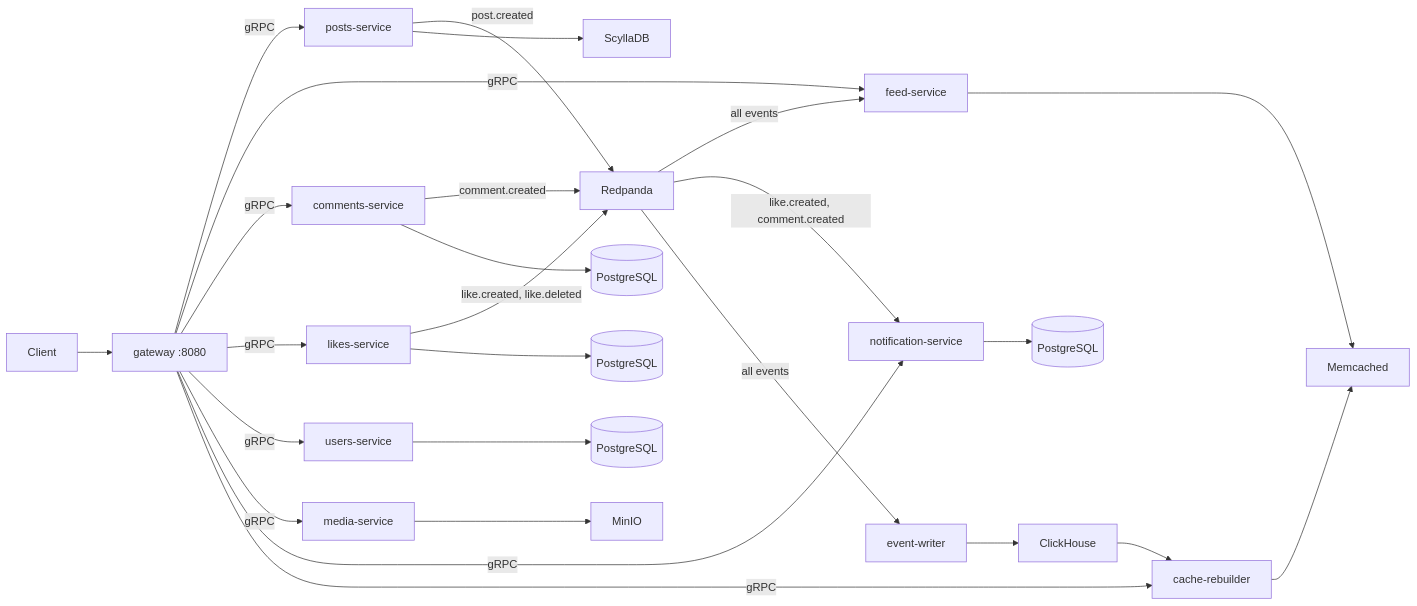
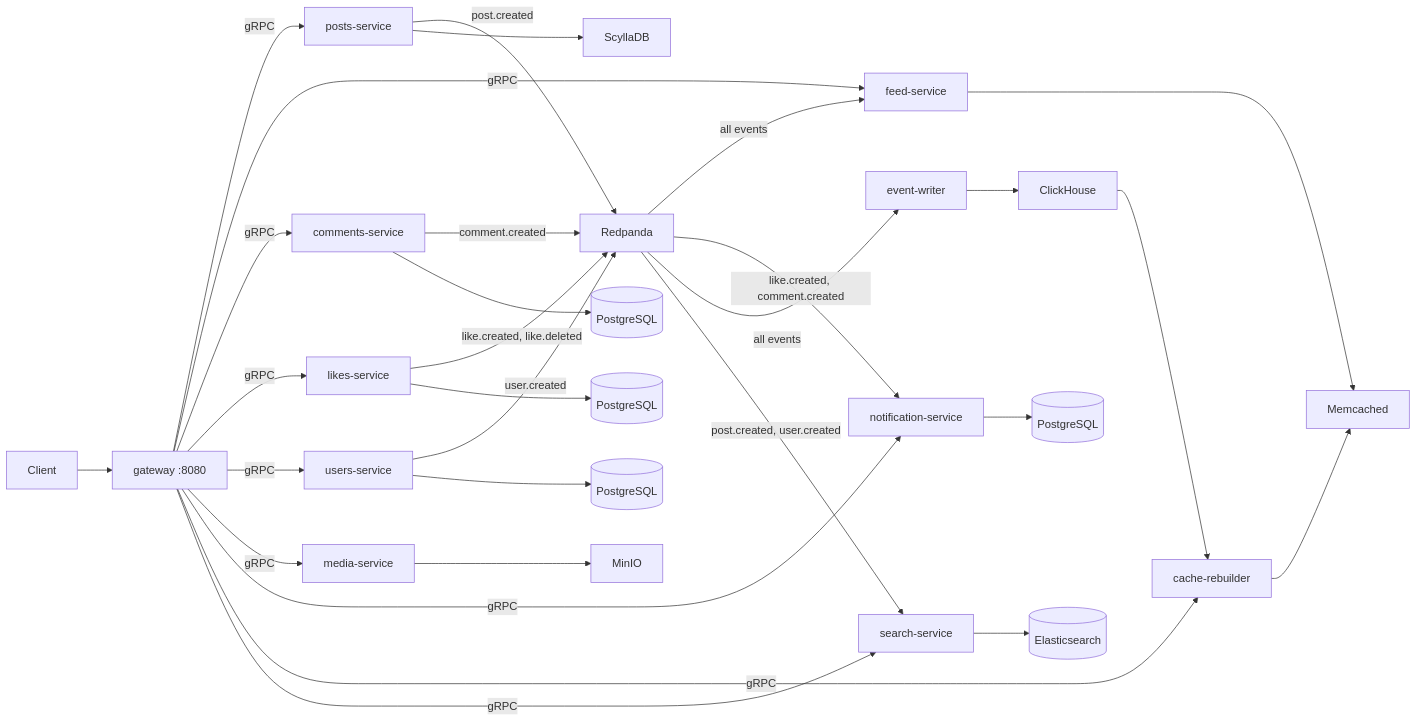
Before and after one commit to vahan-sahakyan/distributed-social-network: the diagram in README.md, drawn with Mermaid. The commit also changed other lines of this file and 42 other files, not shown here.

Commit message:
[feat] search-service: elasticsearch search for posts, users and hashtags (#18)

````diff
--- a/README.md
+++ b/README.md
@@ -7,32 +7,36 @@
 ```mermaid
 graph LR
     Client --> Gateway[gateway :8080]
     Gateway -->|gRPC| Posts[posts-service]
     Gateway -->|gRPC| Feed[feed-service]
     Gateway -->|gRPC| Comments[comments-service]
     Gateway -->|gRPC| Likes[likes-service]
     Gateway -->|gRPC| Users[users-service]
     Gateway -->|gRPC| Media[media-service]
     Gateway -->|gRPC| Notif[notification-service]
     Gateway -->|gRPC| CacheRebuilder[cache-rebuilder]
+    Gateway -->|gRPC| Search[search-service]
 
     Posts -->|post.created| Redpanda
     Comments -->|comment.created| Redpanda
     Likes -->|like.created, like.deleted| Redpanda
+    Users -->|user.created| Redpanda
 
     Redpanda -->|all events| Feed
     Redpanda -->|like.created, comment.created| Notif
     Redpanda -->|all events| EventWriter[event-writer]
+    Redpanda -->|post.created, user.created| Search
+    Search --> ES[(Elasticsearch)]
 
     EventWriter --> ClickHouse
     ClickHouse --> CacheRebuilder
     CacheRebuilder --> Memcached
     Feed --> Memcached
 
     Posts --> ScyllaDB
     Comments --> PG1[(PostgreSQL)]
     Likes --> PG2[(PostgreSQL)]
     Users --> PG3[(PostgreSQL)]
     Notif --> PG4[(PostgreSQL)]
     Media --> MinIO
 ```
````
